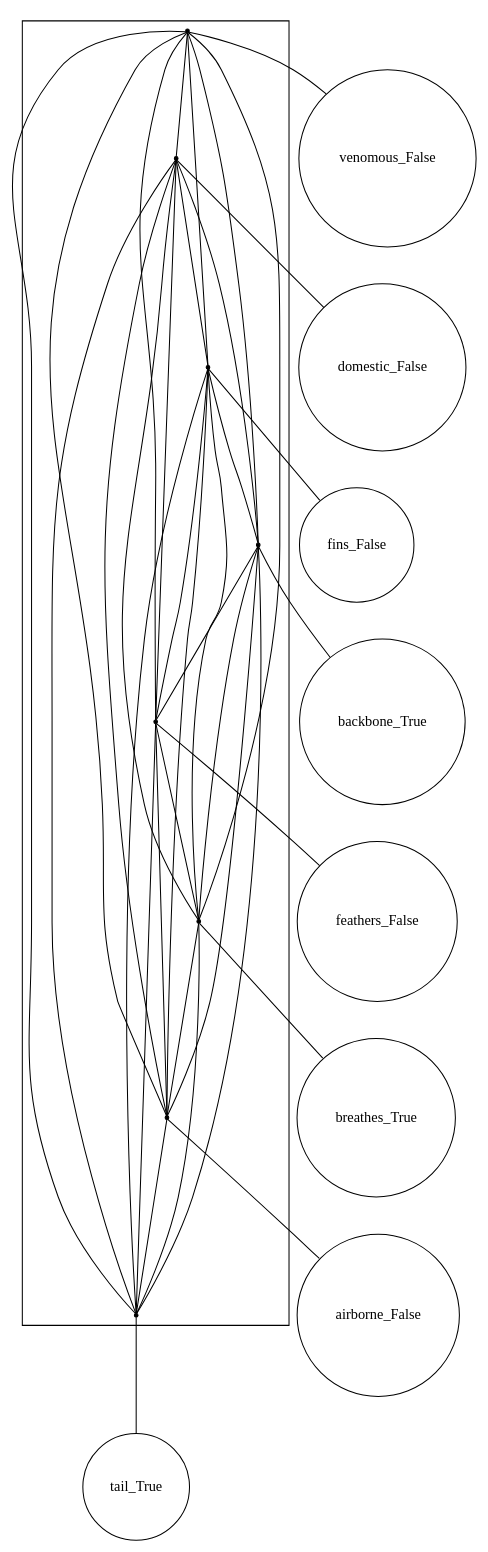
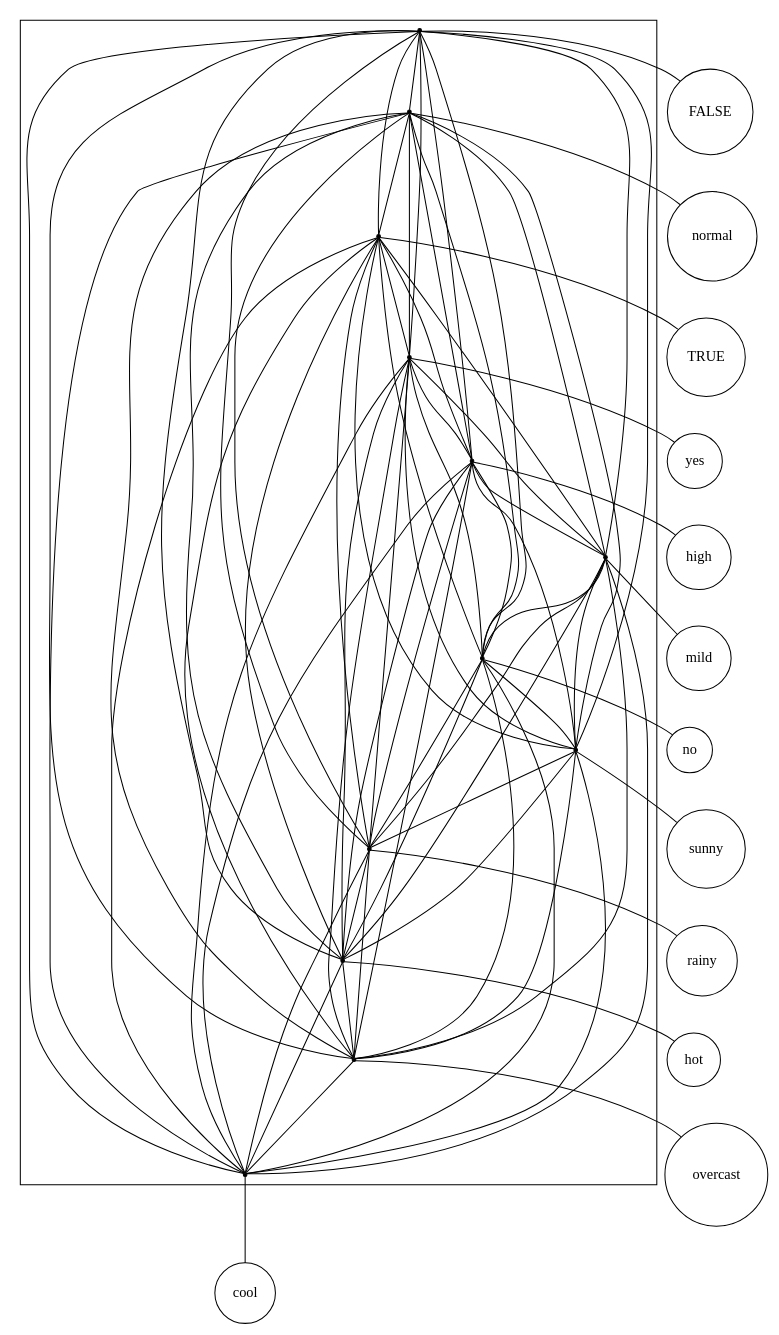
The diagram in src/final/plain_2-structure.dot (lrodrin/TFG), drawn with Graphviz before and after one commit. The commit also changed 11 other files, not shown here.

```diff
--- a/src/final/plain_2-structure.dot
+++ b/src/final/plain_2-structure.dot
@@ -1,55 +1,101 @@
 strict digraph "plain_2-structure" {
 compound=true;
 fontname=Verdana;
 fontsize=12;
 newrank=true;
 node [shape=circle];
-venomous_False;
-domestic_False;
-fins_False;
-backbone_True;
-feathers_False;
-breathes_True;
-airborne_False;
-tail_True;
-subgraph cluster_domestic_Falsebackbone_Trueairborne_Falsevenomous_Falsetail_Truefeathers_Falsebreathes_Truefins_False {
+FALSE;
+normal;
+TRUE;
+yes;
+high;
+mild;
+no;
+sunny;
+rainy;
+hot;
+overcast;
+cool;
+subgraph cluster_TRUEsunnyyesnormalcoolrainymildhighnohotFALSEovercast {
 node [shape=point];
-s_venomous_False -> s_domestic_False  [color=black, arrowhead=none];
-s_venomous_False -> s_fins_False  [color=black, arrowhead=none];
-s_venomous_False -> s_backbone_True  [color=black, arrowhead=none];
-s_venomous_False -> s_feathers_False  [color=black, arrowhead=none];
-s_venomous_False -> s_breathes_True  [color=black, arrowhead=none];
-s_venomous_False -> s_airborne_False  [color=black, arrowhead=none];
-s_venomous_False -> s_tail_True  [color=black, arrowhead=none];
-s_domestic_False -> s_fins_False  [color=black, arrowhead=none];
-s_domestic_False -> s_backbone_True  [color=black, arrowhead=none];
-s_domestic_False -> s_feathers_False  [color=black, arrowhead=none];
-s_domestic_False -> s_breathes_True  [color=black, arrowhead=none];
-s_domestic_False -> s_airborne_False  [color=black, arrowhead=none];
-s_domestic_False -> s_tail_True  [color=black, arrowhead=none];
-s_fins_False -> s_backbone_True  [color=black, arrowhead=none];
-s_fins_False -> s_feathers_False  [color=black, arrowhead=none];
-s_fins_False -> s_breathes_True  [color=black, arrowhead=none];
-s_fins_False -> s_airborne_False  [color=black, arrowhead=none];
-s_fins_False -> s_tail_True  [color=black, arrowhead=none];
-s_backbone_True -> s_feathers_False  [color=black, arrowhead=none];
-s_backbone_True -> s_breathes_True  [color=black, arrowhead=none];
-s_backbone_True -> s_airborne_False  [color=black, arrowhead=none];
-s_backbone_True -> s_tail_True  [color=black, arrowhead=none];
-s_feathers_False -> s_breathes_True  [color=black, arrowhead=none];
-s_feathers_False -> s_airborne_False  [color=black, arrowhead=none];
-s_feathers_False -> s_tail_True  [color=black, arrowhead=none];
-s_breathes_True -> s_airborne_False  [color=black, arrowhead=none];
-s_breathes_True -> s_tail_True  [color=black, arrowhead=none];
-s_airborne_False -> s_tail_True  [color=black, arrowhead=none];
+s_FALSE -> s_normal  [color=black, arrowhead=none];
+s_FALSE -> s_TRUE  [color=black, arrowhead=none];
+s_FALSE -> s_yes  [color=black, arrowhead=none];
+s_FALSE -> s_high  [color=black, arrowhead=none];
+s_FALSE -> s_mild  [color=black, arrowhead=none];
+s_FALSE -> s_no  [color=black, arrowhead=none];
+s_FALSE -> s_sunny  [color=black, arrowhead=none];
+s_FALSE -> s_rainy  [color=black, arrowhead=none];
+s_FALSE -> s_hot  [color=black, arrowhead=none];
+s_FALSE -> s_overcast  [color=black, arrowhead=none];
+s_FALSE -> s_cool  [color=black, arrowhead=none];
+s_normal -> s_TRUE  [color=black, arrowhead=none];
+s_normal -> s_yes  [color=black, arrowhead=none];
+s_normal -> s_high  [color=black, arrowhead=none];
+s_normal -> s_mild  [color=black, arrowhead=none];
+s_normal -> s_no  [color=black, arrowhead=none];
+s_normal -> s_sunny  [color=black, arrowhead=none];
+s_normal -> s_rainy  [color=black, arrowhead=none];
+s_normal -> s_hot  [color=black, arrowhead=none];
+s_normal -> s_overcast  [color=black, arrowhead=none];
+s_normal -> s_cool  [color=black, arrowhead=none];
+s_TRUE -> s_yes  [color=black, arrowhead=none];
+s_TRUE -> s_high  [color=black, arrowhead=none];
+s_TRUE -> s_mild  [color=black, arrowhead=none];
+s_TRUE -> s_no  [color=black, arrowhead=none];
+s_TRUE -> s_sunny  [color=black, arrowhead=none];
+s_TRUE -> s_rainy  [color=black, arrowhead=none];
+s_TRUE -> s_hot  [color=black, arrowhead=none];
+s_TRUE -> s_overcast  [color=black, arrowhead=none];
+s_TRUE -> s_cool  [color=black, arrowhead=none];
+s_yes -> s_high  [color=black, arrowhead=none];
+s_yes -> s_mild  [color=black, arrowhead=none];
+s_yes -> s_no  [color=black, arrowhead=none];
+s_yes -> s_sunny  [color=black, arrowhead=none];
+s_yes -> s_rainy  [color=black, arrowhead=none];
+s_yes -> s_hot  [color=black, arrowhead=none];
+s_yes -> s_overcast  [color=black, arrowhead=none];
+s_yes -> s_cool  [color=black, arrowhead=none];
+s_high -> s_mild  [color=black, arrowhead=none];
+s_high -> s_no  [color=black, arrowhead=none];
+s_high -> s_sunny  [color=black, arrowhead=none];
+s_high -> s_rainy  [color=black, arrowhead=none];
+s_high -> s_hot  [color=black, arrowhead=none];
+s_high -> s_overcast  [color=black, arrowhead=none];
+s_high -> s_cool  [color=black, arrowhead=none];
+s_mild -> s_no  [color=black, arrowhead=none];
+s_mild -> s_sunny  [color=black, arrowhead=none];
+s_mild -> s_rainy  [color=black, arrowhead=none];
+s_mild -> s_hot  [color=black, arrowhead=none];
+s_mild -> s_overcast  [color=black, arrowhead=none];
+s_mild -> s_cool  [color=black, arrowhead=none];
+s_no -> s_sunny  [color=black, arrowhead=none];
+s_no -> s_rainy  [color=black, arrowhead=none];
+s_no -> s_hot  [color=black, arrowhead=none];
+s_no -> s_overcast  [color=black, arrowhead=none];
+s_no -> s_cool  [color=black, arrowhead=none];
+s_sunny -> s_rainy  [color=black, arrowhead=none];
+s_sunny -> s_hot  [color=black, arrowhead=none];
+s_sunny -> s_overcast  [color=black, arrowhead=none];
+s_sunny -> s_cool  [color=black, arrowhead=none];
+s_rainy -> s_hot  [color=black, arrowhead=none];
+s_rainy -> s_overcast  [color=black, arrowhead=none];
+s_rainy -> s_cool  [color=black, arrowhead=none];
+s_hot -> s_overcast  [color=black, arrowhead=none];
+s_hot -> s_cool  [color=black, arrowhead=none];
+s_overcast -> s_cool  [color=black, arrowhead=none];
 }
 
-s_venomous_False -> venomous_False  [arrowhead=none];
-s_domestic_False -> domestic_False  [arrowhead=none];
-s_fins_False -> fins_False  [arrowhead=none];
-s_backbone_True -> backbone_True  [arrowhead=none];
-s_feathers_False -> feathers_False  [arrowhead=none];
-s_breathes_True -> breathes_True  [arrowhead=none];
-s_airborne_False -> airborne_False  [arrowhead=none];
-s_tail_True -> tail_True  [arrowhead=none];
+s_FALSE -> FALSE  [arrowhead=none];
+s_normal -> normal  [arrowhead=none];
+s_TRUE -> TRUE  [arrowhead=none];
+s_yes -> yes  [arrowhead=none];
+s_high -> high  [arrowhead=none];
+s_mild -> mild  [arrowhead=none];
+s_no -> no  [arrowhead=none];
+s_sunny -> sunny  [arrowhead=none];
+s_rainy -> rainy  [arrowhead=none];
+s_hot -> hot  [arrowhead=none];
+s_overcast -> overcast  [arrowhead=none];
+s_cool -> cool  [arrowhead=none];
 }
```
